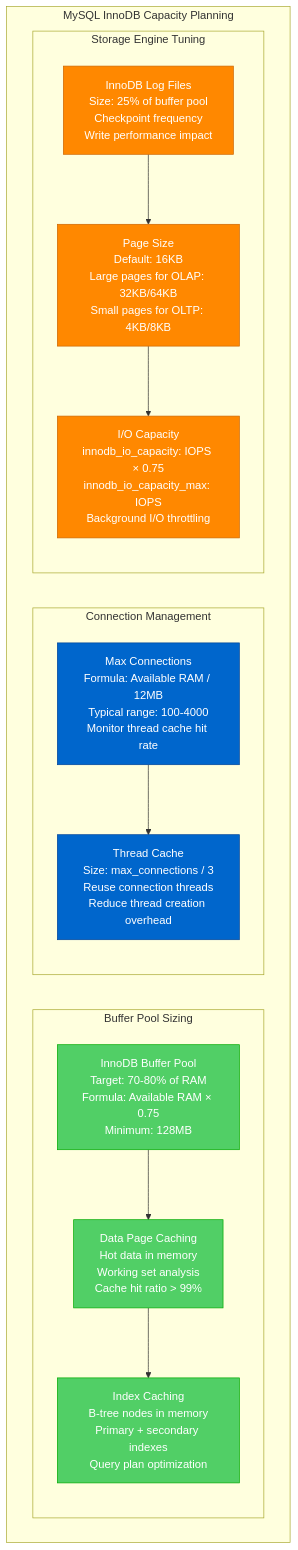
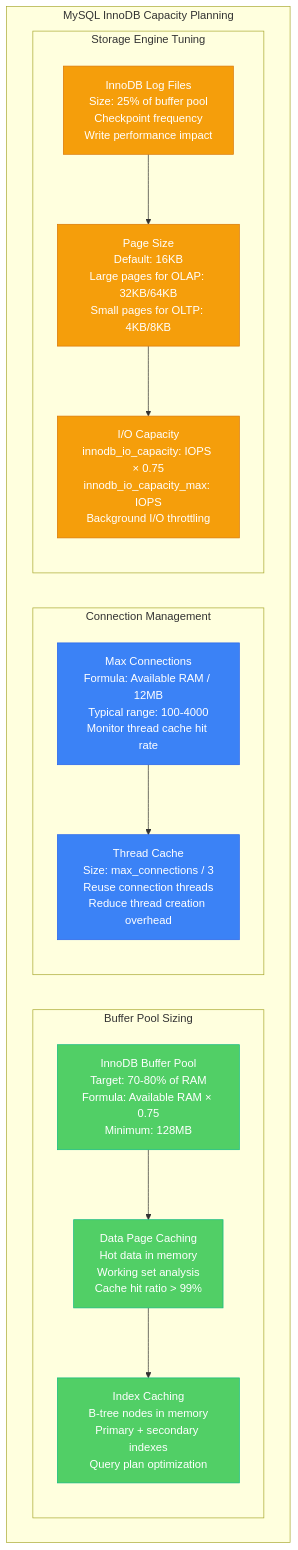
One commit to deepaucksharma/DS changed the second of 3 diagrams in site/docs/capacity/database-capacity-planning.md. Above: the diagram before and after it, drawn with Mermaid. The commit also changed other lines of this file and 303 other files, not shown here.

````diff
--- a/site/docs/capacity/database-capacity-planning.md
+++ b/site/docs/capacity/database-capacity-planning.md
@@ -570,43 +570,43 @@
 ```mermaid
 graph TB
     subgraph "MySQL InnoDB Capacity Planning"
         subgraph "Buffer Pool Sizing"
             BUFFER_POOL[InnoDB Buffer Pool<br/>Target: 70-80% of RAM<br/>Formula: Available RAM × 0.75<br/>Minimum: 128MB]
             
             DATA_CACHE[Data Page Caching<br/>Hot data in memory<br/>Working set analysis<br/>Cache hit ratio > 99%]
             
             INDEX_CACHE[Index Caching<br/>B-tree nodes in memory<br/>Primary + secondary indexes<br/>Query plan optimization]
         end
         
         subgraph "Connection Management"
             MAX_CONN[Max Connections<br/>Formula: Available RAM / 12MB<br/>Typical range: 100-4000<br/>Monitor thread cache hit rate]
             
             THREAD_CACHE[Thread Cache<br/>Size: max_connections / 3<br/>Reuse connection threads<br/>Reduce thread creation overhead]
         end
         
         subgraph "Storage Engine Tuning"
             LOG_FILE[InnoDB Log Files<br/>Size: 25% of buffer pool<br/>Checkpoint frequency<br/>Write performance impact]
             
             PAGE_SIZE[Page Size<br/>Default: 16KB<br/>Large pages for OLAP: 32KB/64KB<br/>Small pages for OLTP: 4KB/8KB]
             
             IO_CAPACITY[I/O Capacity<br/>innodb_io_capacity: IOPS × 0.75<br/>innodb_io_capacity_max: IOPS<br/>Background I/O throttling]
         end
     end
 
     BUFFER_POOL --> DATA_CACHE
     DATA_CACHE --> INDEX_CACHE
     
     MAX_CONN --> THREAD_CACHE
     
     LOG_FILE --> PAGE_SIZE
     PAGE_SIZE --> IO_CAPACITY
 
     %% Apply colors
-    classDef memoryStyle fill:#51CF66,stroke:#00AA00,color:#fff
-    classDef connectionStyle fill:#0066CC,stroke:#004499,color:#fff
-    classDef storageStyle fill:#FF8800,stroke:#CC6600,color:#fff
+    classDef memoryStyle fill:#51CF66,stroke:#10B981,color:#fff
+    classDef connectionStyle fill:#3B82F6,stroke:#2563EB,color:#fff
+    classDef storageStyle fill:#F59E0B,stroke:#D97706,color:#fff
 
     class BUFFER_POOL,DATA_CACHE,INDEX_CACHE memoryStyle
     class MAX_CONN,THREAD_CACHE connectionStyle
     class LOG_FILE,PAGE_SIZE,IO_CAPACITY storageStyle
 ```
````
